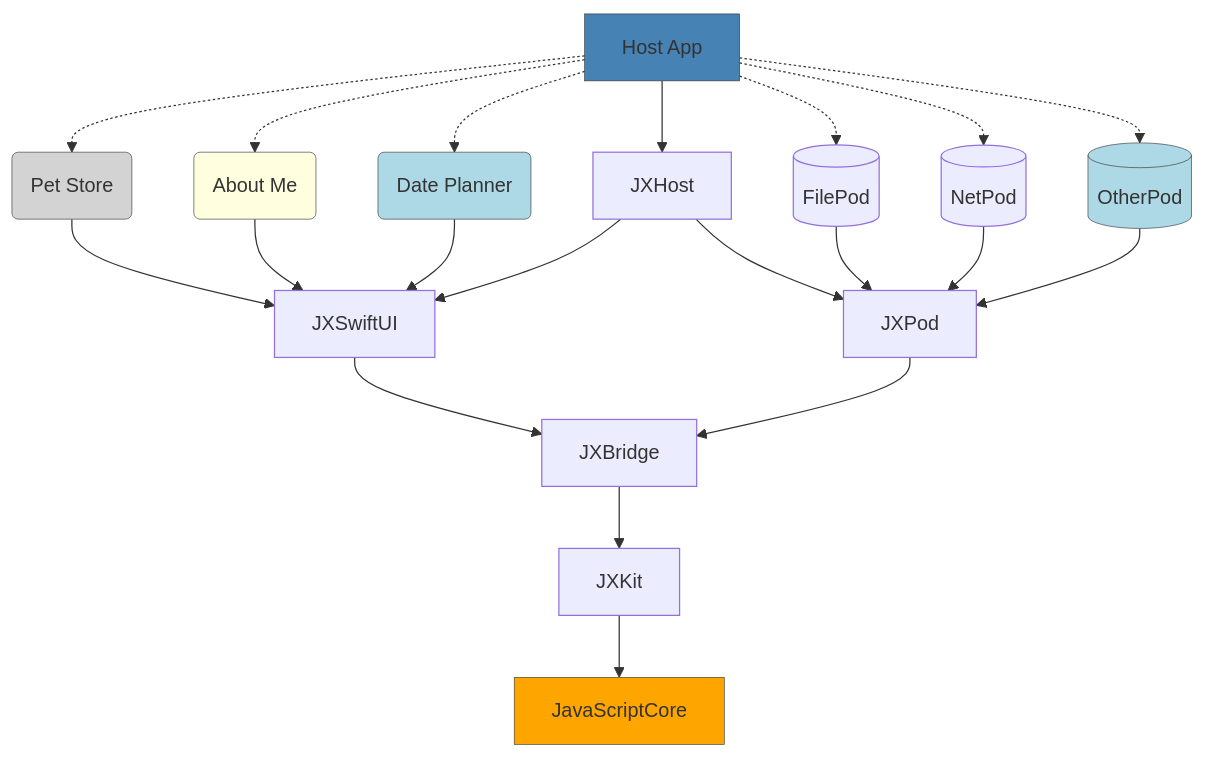
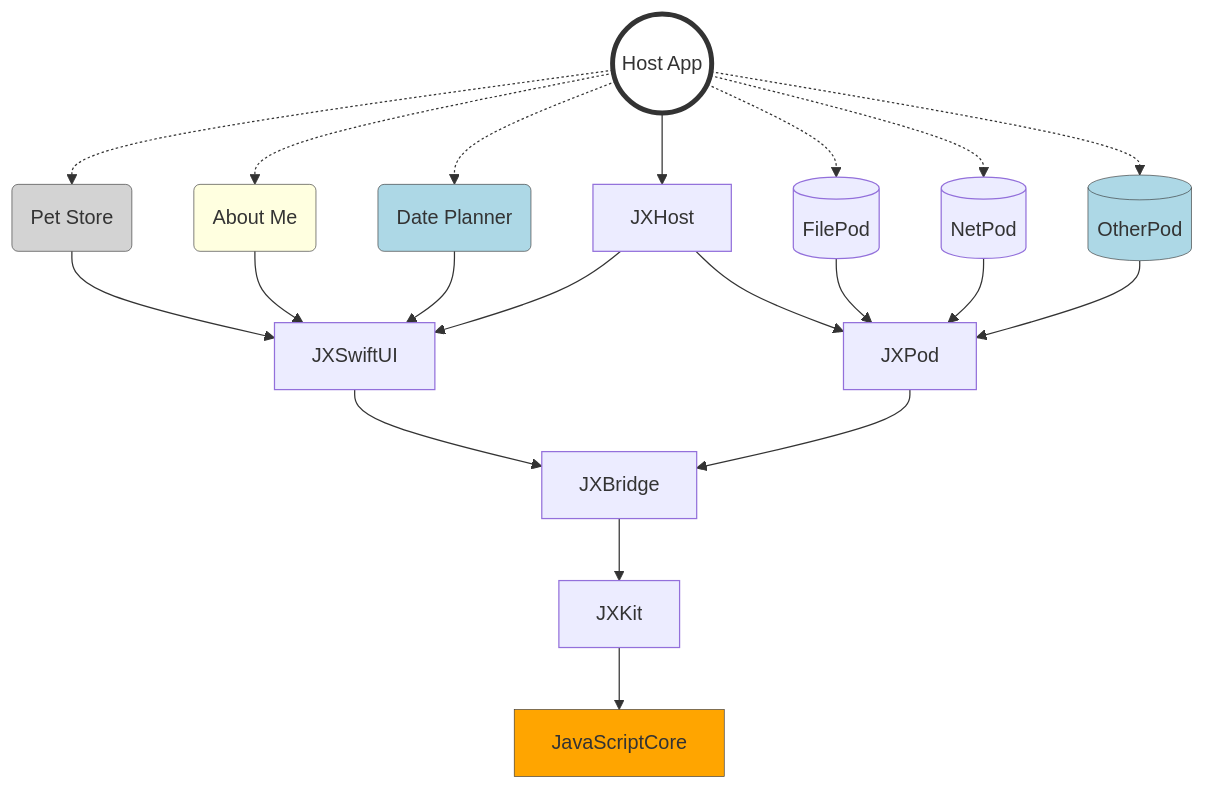
The diagram in README.md (jectivex/JXHost), drawn with Mermaid before and after one commit.

````diff
--- a/README.md
+++ b/README.md
@@ -3,49 +3,49 @@
 ```mermaid
 flowchart TB
-    HostApp[Host App] -.-> PetStoreModule(Pet Store)
+    HostApp((Host App)) -.-> PetStoreModule(Pet Store)
     HostApp -.-> AboutMeModule(About Me)
     HostApp -.-> DatePlannerModule(Date Planner)
     
     HostApp --> JXHost
     
     PetStoreModule --> JXSwiftUI
     AboutMeModule --> JXSwiftUI
     DatePlannerModule --> JXSwiftUI
     
     JXHost --> JXSwiftUI
     JXHost --> JXPod
     JXPod --> JXBridge
     
     HostApp -.-> FilePod[(FilePod)]
     HostApp -.-> NetPod[(NetPod)]
     HostApp -.-> OtherPod[(OtherPod)]
     
     FilePod --> JXPod
     NetPod --> JXPod
     OtherPod --> JXPod
     
     JXSwiftUI --> JXBridge
     JXBridge --> JXKit
     
     JXKit --> JavaScriptCore[JavaScriptCore]
 
-classDef HostApp fill:steelblue,stroke:#333,stroke-width:0.5px
+classDef HostApp fill:white,stroke:#333,stroke-width:4px
 class HostApp HostApp
 
 classDef gray fill:lightgray,stroke:#333,stroke-width:0.5px
 classDef yellow fill:lightyellow,stroke:#333,stroke-width:0.5px
 classDef blue fill:lightblue,stroke:#333,stroke-width:0.5px
 
 class PetStoreModule gray
 class AboutMeModule yellow
 class DatePlannerModule blue
 
 classDef OtherPod fill:lightblue,stroke:#333,stroke-width:0.5px
 class OtherPod OtherPod
 
 classDef JavaScriptCore fill:orange,stroke:#333,stroke-width:0.5px
 class JavaScriptCore JavaScriptCore
 
 class di orange
 
 ```
````
